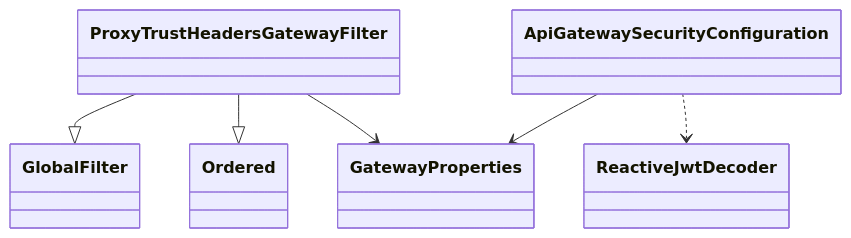
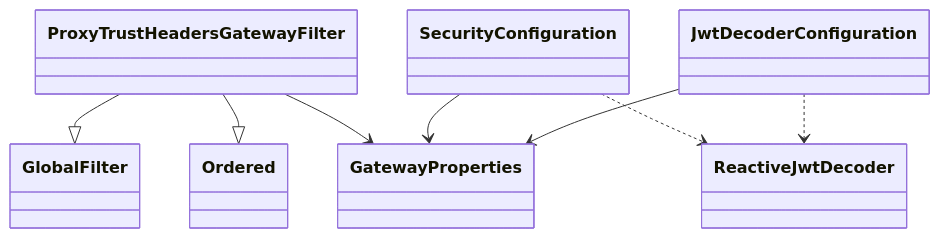
The fourth of 5 diagrams in docs/class-diagram.md (Park-Yena00/ai-api-usage-monitor), drawn with Mermaid before and after one commit. The commit also changed other lines of this file, not shown here.

First line of the commit message:
Docs: class-diagram.md 수정

````diff
--- a/docs/class-diagram.md
+++ b/docs/class-diagram.md
@@ -227,17 +239,20 @@
 ```mermaid
 classDiagram
 direction TB
 
 class ProxyTrustHeadersGatewayFilter
 class GlobalFilter
 class Ordered
-class ApiGatewaySecurityConfiguration
+class SecurityConfiguration
+class JwtDecoderConfiguration
 class GatewayProperties
 class ReactiveJwtDecoder
 
 ProxyTrustHeadersGatewayFilter --|> GlobalFilter
 ProxyTrustHeadersGatewayFilter --|> Ordered
 ProxyTrustHeadersGatewayFilter --> GatewayProperties
-ApiGatewaySecurityConfiguration --> GatewayProperties
-ApiGatewaySecurityConfiguration ..> ReactiveJwtDecoder
+SecurityConfiguration --> GatewayProperties
+SecurityConfiguration ..> ReactiveJwtDecoder
+JwtDecoderConfiguration --> GatewayProperties
+JwtDecoderConfiguration ..> ReactiveJwtDecoder
 ```
````
